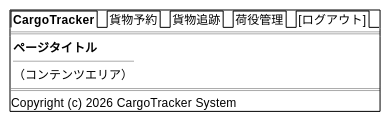
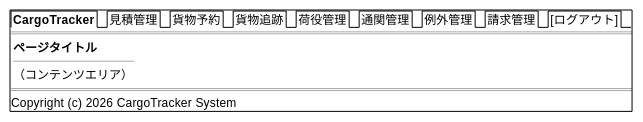
Before and after one commit to k2works/case-study-cargo-tracker: the first of 23 diagrams in docs/design/ui_design.md, drawn with PlantUML. The commit also changed other lines of this file, not shown here.

````diff
--- a/docs/design/ui_design.md
+++ b/docs/design/ui_design.md
@@ -108,17 +120,17 @@
 ```plantuml
 @startsalt
 {+
-  {/ <b>CargoTracker</b> | 貨物予約 | 貨物追跡 | 荷役管理 | [ログアウト] }
+  {/ <b>CargoTracker</b> | 見積管理 | 貨物予約 | 貨物追跡 | 荷役管理 | 通関管理 | 例外管理 | 請求管理 | [ログアウト] }
   ==
   {
     {
       **ページタイトル**
       ----
       （コンテンツエリア）
     }
   }
   ==
   Copyright (c) 2026 CargoTracker System
 }
 @endsalt
 ```
````
